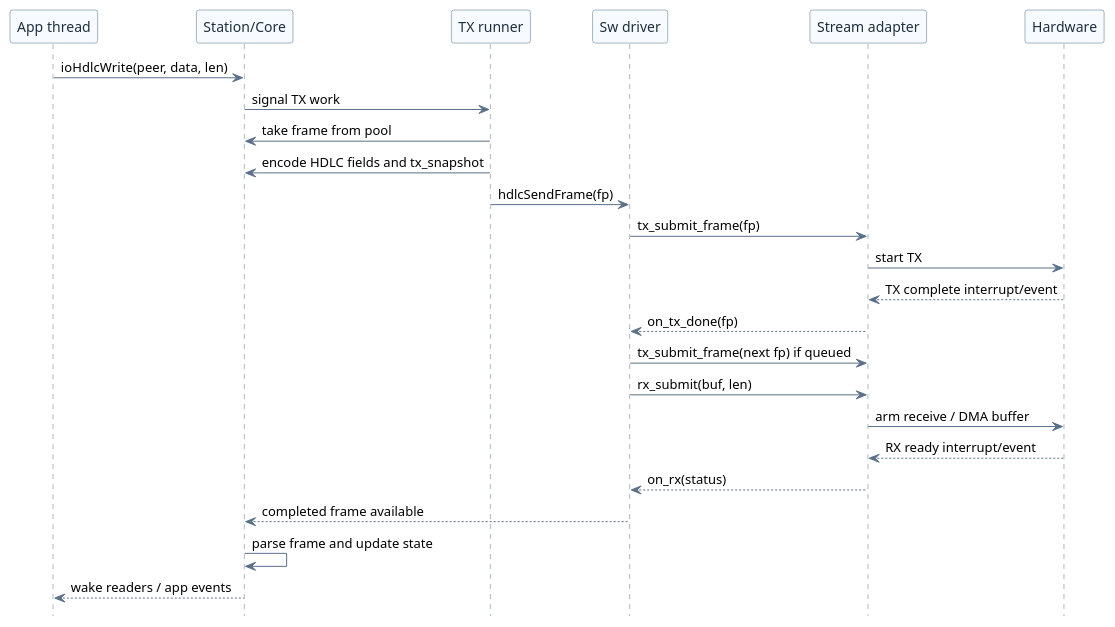
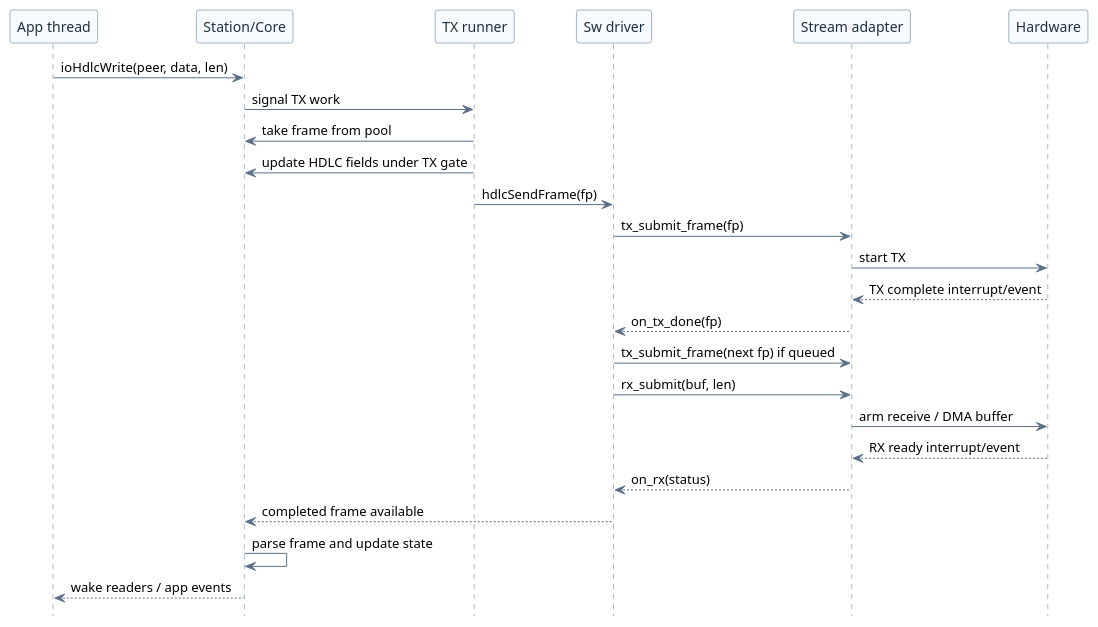
The diagram in doc/diagrams/src/stream_callback_flow.puml (chibilogic/ioHdlc), drawn with PlantUML before and after one commit. The commit also changed 21 other files, not shown here.

```diff
--- a/doc/diagrams/src/stream_callback_flow.puml
+++ b/doc/diagrams/src/stream_callback_flow.puml
@@ -1,40 +1,40 @@
 @startuml
 hide footbox
 
 skinparam backgroundColor transparent
 skinparam shadowing false
 skinparam ArrowColor #5a7088
 skinparam SequenceLifeLineBorderColor #5a7088
 skinparam SequenceLifeLineBackgroundColor #f7fbff
 skinparam ParticipantBorderColor #4d6a86
 skinparam ParticipantBackgroundColor #f7fbff
 skinparam ParticipantFontColor #1f2f3d
 skinparam NoteBorderColor #96a7b8
 skinparam NoteBackgroundColor #fffdf3
 
 participant "App thread" as App
 participant "Station/Core" as Core
 participant "TX runner" as Tx
 participant "Sw driver" as Drv
 participant "Stream adapter" as Port
 participant Hardware as Hw
 
 App -> Core: ioHdlcWrite(peer, data, len)
 Core -> Tx: signal TX work
 Tx -> Core: take frame from pool
-Tx -> Core: encode HDLC fields and tx_snapshot
+Tx -> Core: update HDLC fields under TX gate
 Tx -> Drv: hdlcSendFrame(fp)
 Drv -> Port: tx_submit_frame(fp)
 Port -> Hw: start TX
 Hw --> Port: TX complete interrupt/event
 Port --> Drv: on_tx_done(fp)
 Drv -> Port: tx_submit_frame(next fp) if queued
 Drv -> Port: rx_submit(buf, len)
 Port -> Hw: arm receive / DMA buffer
 Hw --> Port: RX ready interrupt/event
 Port --> Drv: on_rx(status)
 Drv --> Core: completed frame available
 Core -> Core: parse frame and update state
 Core --> App: wake readers / app events
 
 @enduml
```
